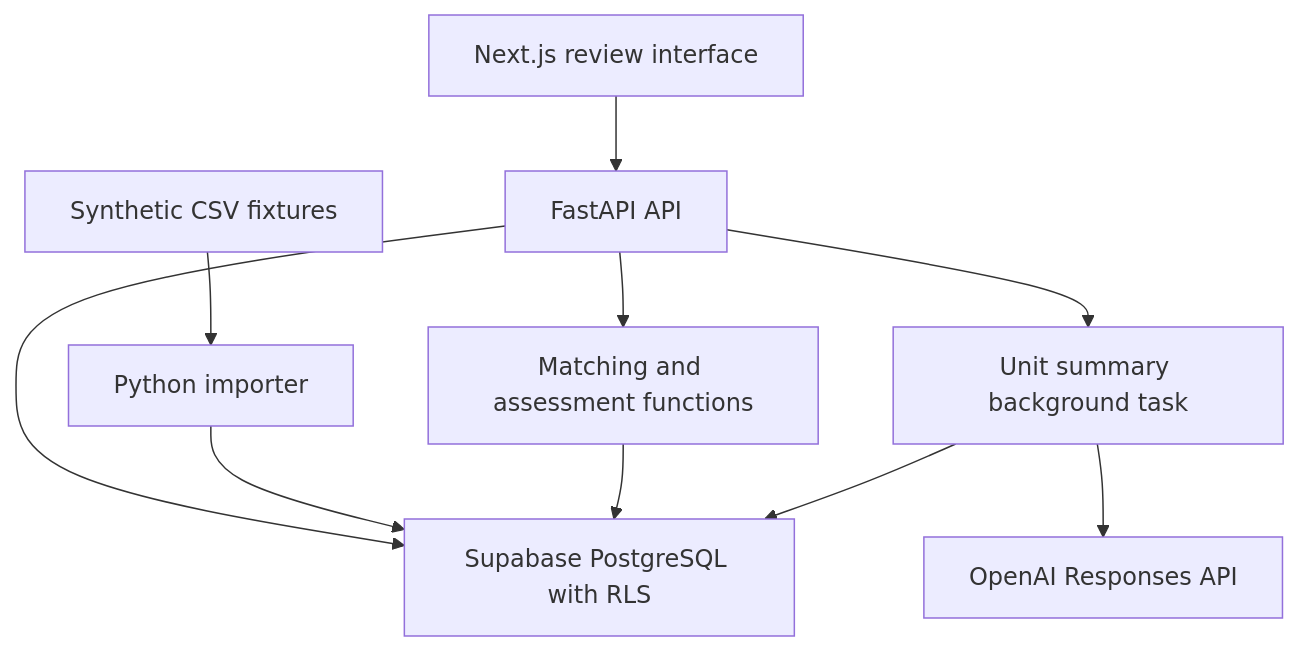
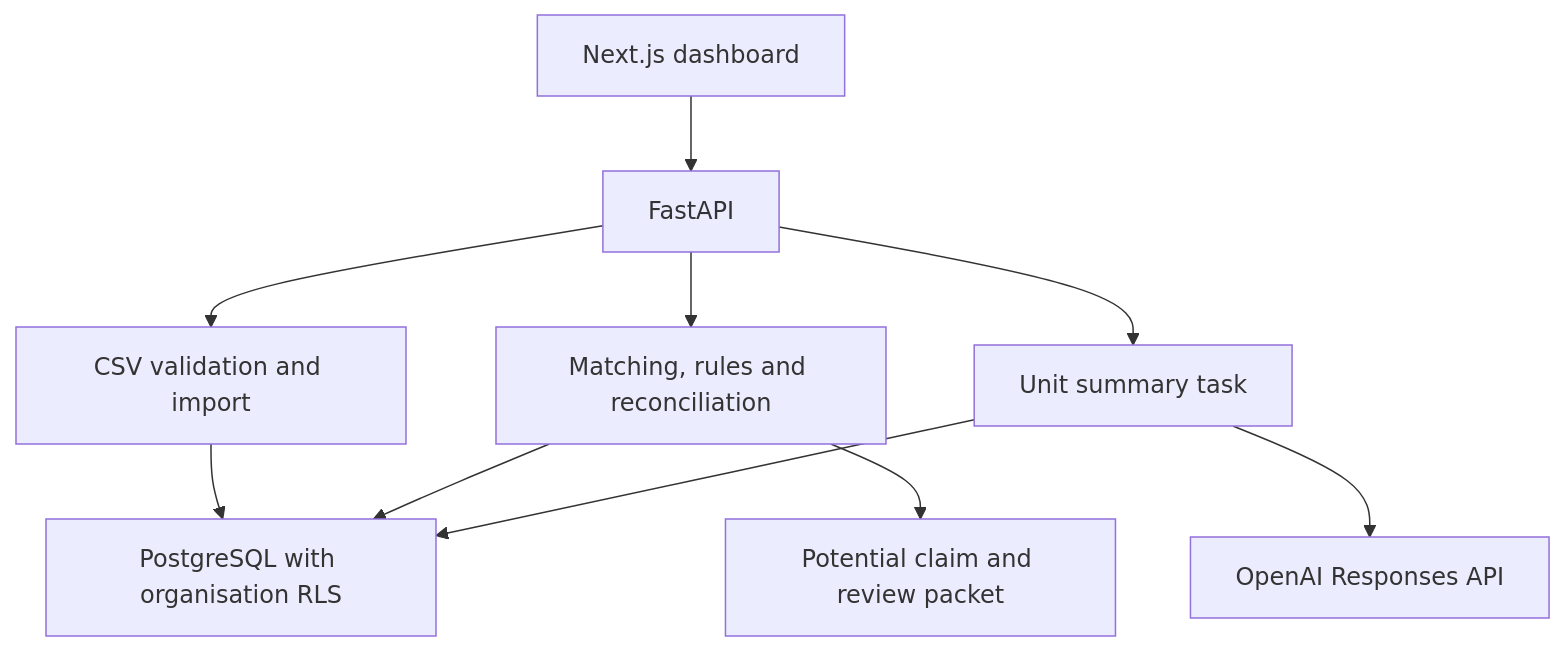
Before and after one commit to mdmoghnishah/cube26-rcy-0266-mdmoghnishah: the diagram in ARCHITECTURE.md, drawn with Mermaid. The commit also changed other lines of this file and 1 other file, not shown here.

Commit message:
Update documentation for CSV uploads returns and recovery review packets

````diff
--- a/ARCHITECTURE.md
+++ b/ARCHITECTURE.md
@@ -13,12 +13,12 @@
 ```mermaid
 flowchart TD
-    UI["Next.js review interface"] --> API["FastAPI API"]
-    API --> DB["Supabase PostgreSQL with RLS"]
-    CSV["Synthetic CSV fixtures"] --> IMPORT["Python importer"]
-    IMPORT --> DB
-    API --> ENGINE["Matching and assessment functions"]
+    UI["Next.js dashboard"] --> API["FastAPI"]
+    API --> IMPORT["CSV validation and import"]
+    API --> ENGINE["Matching, rules and reconciliation"]
+    API --> AI["Unit summary task"]
+    IMPORT --> DB["PostgreSQL with organisation RLS"]
     ENGINE --> DB
-    API --> AI["Unit summary background task"]
-    AI --> OPENAI["OpenAI Responses API"]
     AI --> DB
+    AI --> MODEL["OpenAI Responses API"]
+    ENGINE --> PACKET["Potential claim and review packet"]
 ```
````
